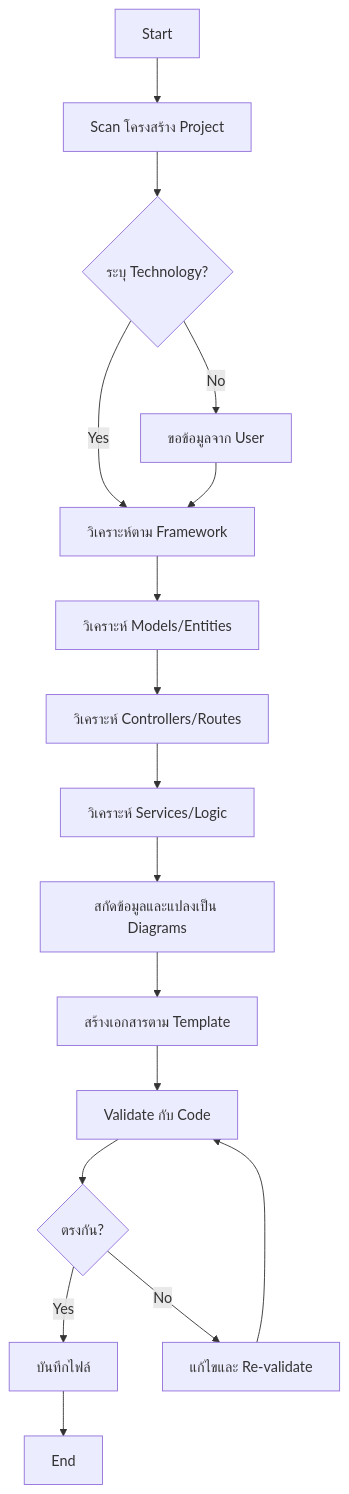
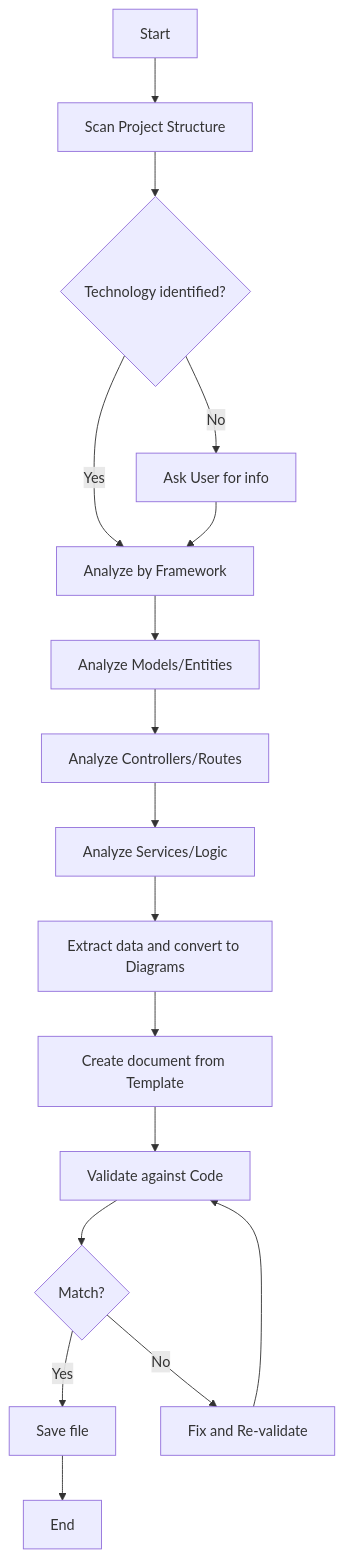
The second of 4 diagrams in plugins/system-design-doc/skills/system-design-doc/SKILL.md (mounchons/AgentMarketPlace), drawn with Mermaid before and after one commit. The commit also changed other lines of this file and 51 other files, not shown here.

````diff
--- a/plugins/system-design-doc/skills/system-design-doc/SKILL.md
+++ b/plugins/system-design-doc/skills/system-design-doc/SKILL.md
@@ -70,19 +73,19 @@
 ```mermaid
 flowchart TD
-    A[Start] --> B[Scan โครงสร้าง Project]
-    B --> C{ระบุ Technology?}
-    C -->|Yes| D[วิเคราะห์ตาม Framework]
-    C -->|No| E[ขอข้อมูลจาก User]
+    A[Start] --> B[Scan Project Structure]
+    B --> C{Technology identified?}
+    C -->|Yes| D[Analyze by Framework]
+    C -->|No| E[Ask User for info]
     E --> D
-    D --> F[วิเคราะห์ Models/Entities]
-    F --> G[วิเคราะห์ Controllers/Routes]
-    G --> H[วิเคราะห์ Services/Logic]
-    H --> I[สกัดข้อมูลและแปลงเป็น Diagrams]
-    I --> J[สร้างเอกสารตาม Template]
-    J --> K[Validate กับ Code]
-    K --> L{ตรงกัน?}
-    L -->|Yes| M[บันทึกไฟล์]
-    L -->|No| N[แก้ไขและ Re-validate]
+    D --> F[Analyze Models/Entities]
+    F --> G[Analyze Controllers/Routes]
+    G --> H[Analyze Services/Logic]
+    H --> I[Extract data and convert to Diagrams]
+    I --> J[Create document from Template]
+    J --> K[Validate against Code]
+    K --> L{Match?}
+    L -->|Yes| M[Save file]
+    L -->|No| N[Fix and Re-validate]
     N --> K
     M --> O[End]
 ```
````
